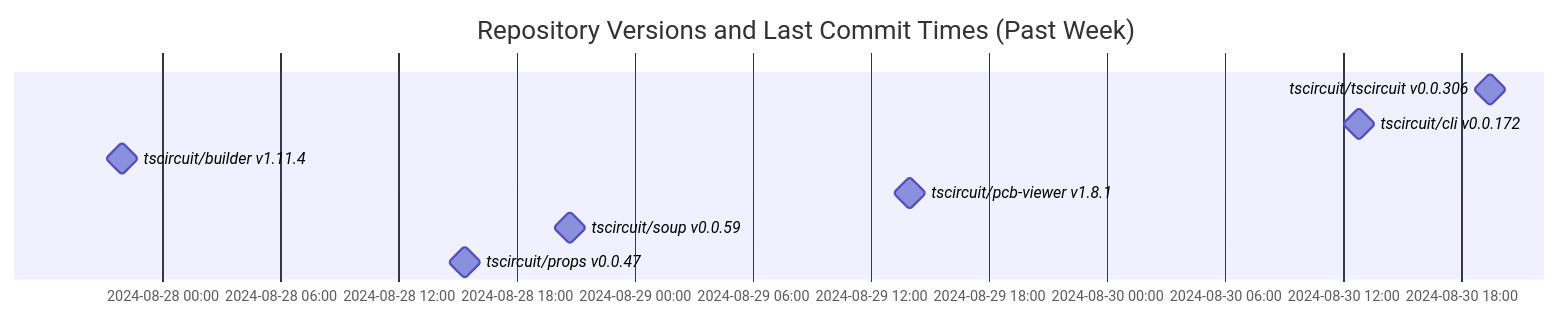
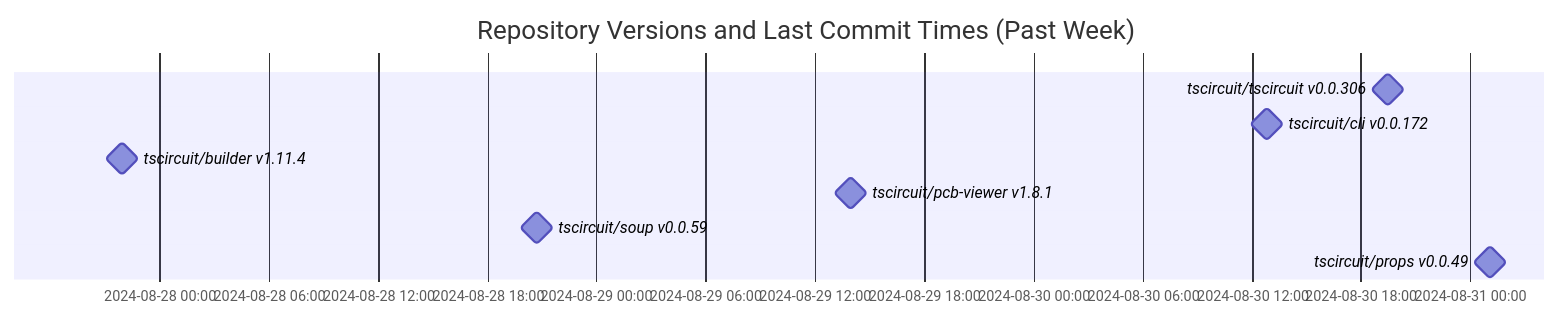
Before and after one commit to tscircuit/version-tracker: the diagram in README.md, drawn with Mermaid.

Commit message:
Update chart

````diff
--- a/README.md
+++ b/README.md
@@ -1,13 +1,13 @@
 ```mermaid
 gantt
   dateFormat  YYYY-MM-DD HH:mm:ss
   title Repository Versions and Last Commit Times (Past Week)
   axisFormat %Y-%m-%d %H:%M
 
   tscircuit/tscircuit v0.0.306 : milestone, 2024-08-30 19:28:33, 1s
   tscircuit/cli v0.0.172 : milestone, 2024-08-30 12:48:12, 1s
   tscircuit/builder v1.11.4 : milestone, 2024-08-27 21:56:45, 1s
   tscircuit/pcb-viewer v1.8.1 : milestone, 2024-08-29 13:56:55, 1s
   tscircuit/soup v0.0.59 : milestone, 2024-08-28 20:42:30, 1s
-  tscircuit/props v0.0.47 : milestone, 2024-08-28 15:22:20, 1s
+  tscircuit/props v0.0.49 : milestone, 2024-08-31 01:05:09, 1s
 ```
````
